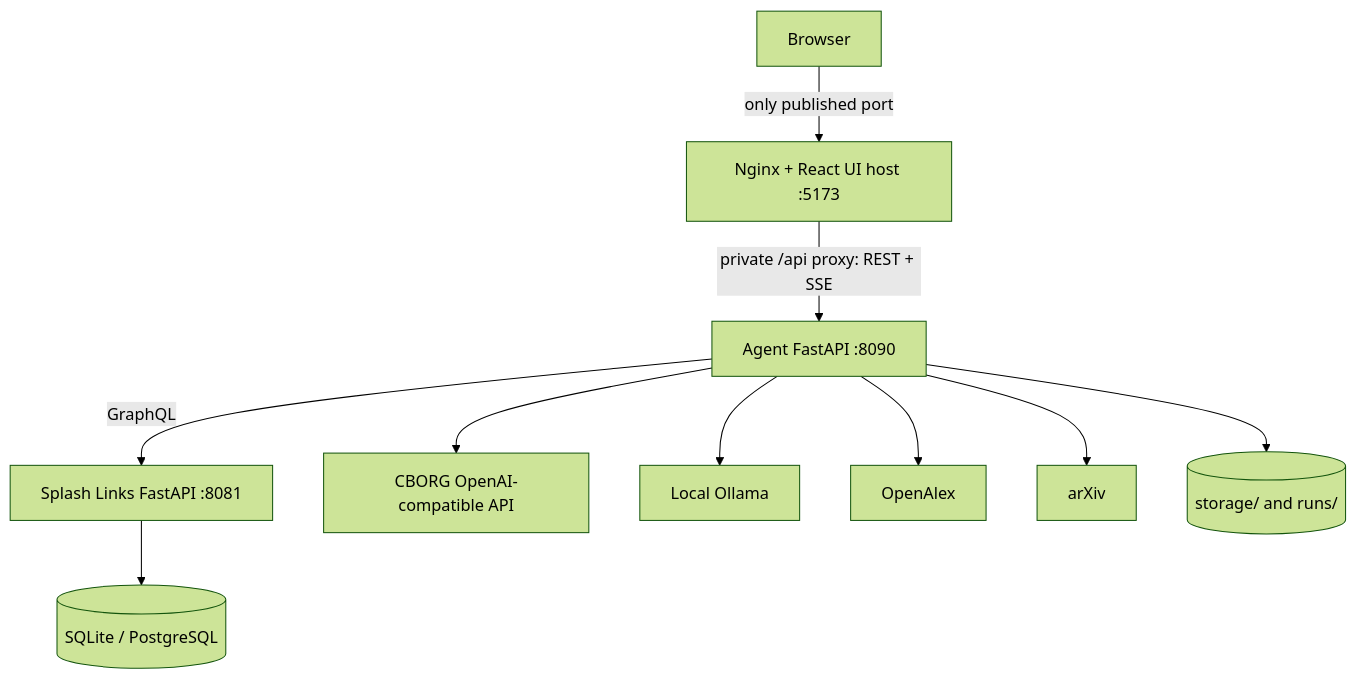
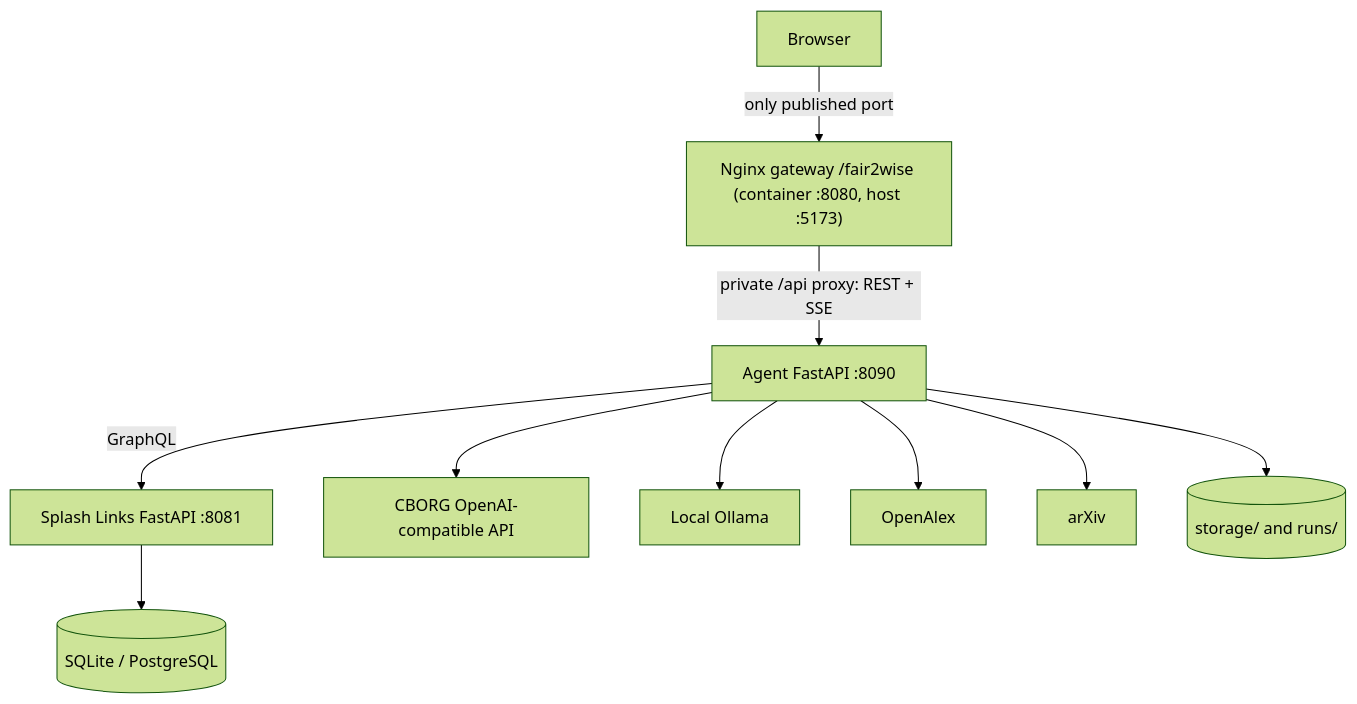
One commit to fair2wise/FAIR2WISE changed the first of 2 diagrams in mkdocs/docs/architecture.md. Above: the diagram before and after it, drawn with Mermaid (forest theme). The commit also changed other lines of this file and 15 other files, not shown here.

Commit message:
docs: README and MkDocs describe the current architecture (JSON KG default, three images, gateway 8080 under /fair2wise, runtimes, /v1 API, judge setting); Splash marked legacy; doc-consistency tests (T28D, AUD-11)

````diff
--- a/mkdocs/docs/architecture.md
+++ b/mkdocs/docs/architecture.md
@@ -5,23 +14,23 @@
 ```mermaid
 flowchart TB
     Browser[Browser]
-    UI[Nginx + React UI host :5173]
+    UI["Nginx gateway /fair2wise (container :8080, host :5173)"]
     API[Agent FastAPI :8090]
     Splash[Splash Links FastAPI :8081]
     DB[(SQLite / PostgreSQL)]
     CBORG[CBORG OpenAI-compatible API]
     Ollama[Local Ollama]
     OpenAlex[OpenAlex]
     Arxiv[arXiv]
     Files[(storage/ and runs/)]
 
     Browser -->|only published port| UI
     UI -->|private /api proxy: REST + SSE| API
     API -->|GraphQL| Splash
     Splash --> DB
     API --> CBORG
     API --> Ollama
     API --> OpenAlex
     API --> Arxiv
     API --> Files
 ```
````
